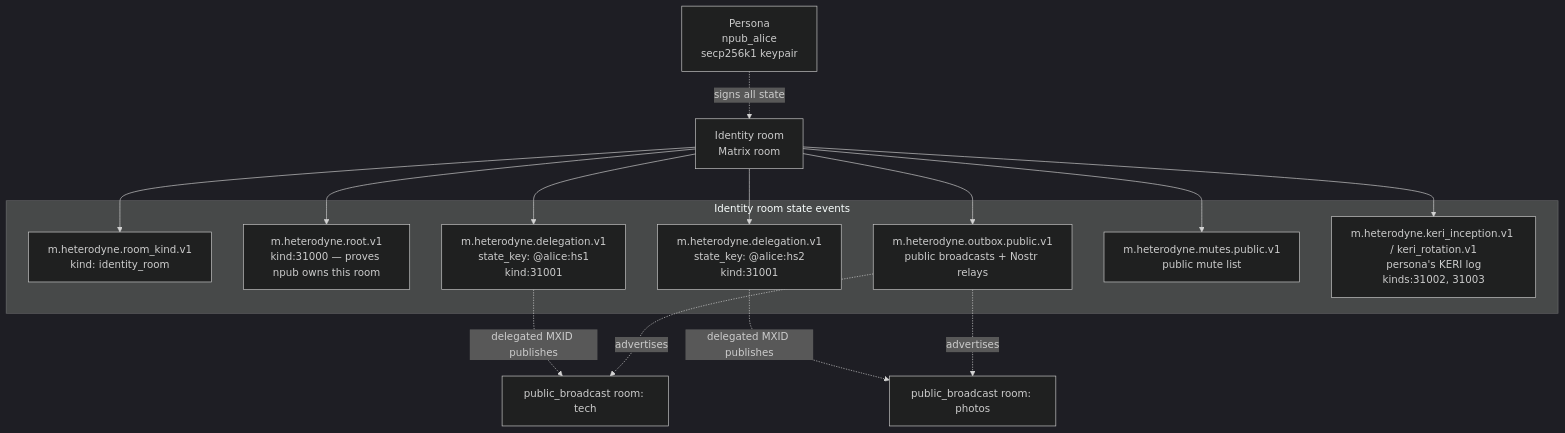
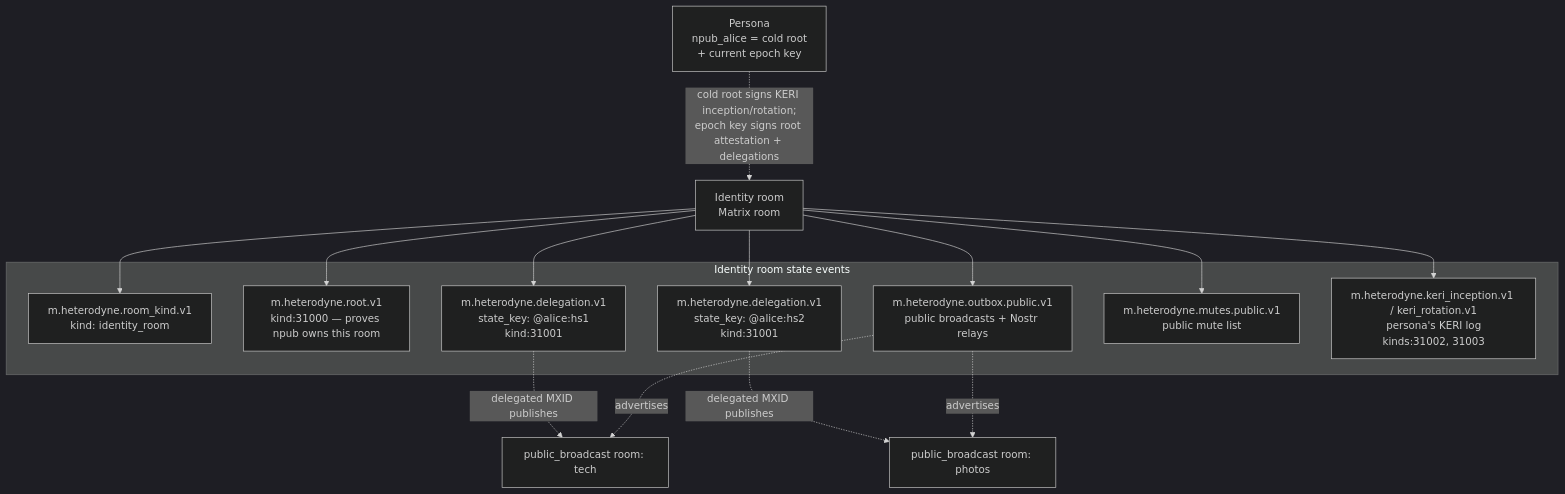
One commit to HeterodyneNetwork/HeterodyneProtocol changed the second of 5 diagrams in docs/spec/heterodyne.md. Above: the diagram before and after it, drawn with Mermaid (dark theme). The commit also changed other lines of this file and 1 other file, not shown here.

````diff
--- a/docs/spec/heterodyne.md
+++ b/docs/spec/heterodyne.md
@@ -391,30 +391,30 @@
 ```mermaid
 graph TB
-    Persona[Persona<br/>npub_alice<br/>secp256k1 keypair]
+    Persona[Persona<br/>npub_alice = cold root<br/>+ current epoch key]
     IR[Identity room<br/>Matrix room]
 
-    Persona -.signs all state.-> IR
+    Persona -.cold root signs KERI inception/rotation;<br/>epoch key signs root attestation + delegations.-> IR
 
     subgraph IdentityRoom["Identity room state events"]
         RK[m.heterodyne.room_kind.v1<br/>kind: identity_room]
         Root[m.heterodyne.root.v1<br/>kind:31000 — proves npub owns this room]
         D1[m.heterodyne.delegation.v1<br/>state_key: @alice:hs1<br/>kind:31001]
         D2[m.heterodyne.delegation.v1<br/>state_key: @alice:hs2<br/>kind:31001]
         OPub[m.heterodyne.outbox.public.v1<br/>public broadcasts + Nostr relays]
         MutesPub[m.heterodyne.mutes.public.v1<br/>public mute list]
         Chain[m.heterodyne.keri_inception.v1 / keri_rotation.v1<br/>persona's KERI log<br/>kinds:31002, 31003]
     end
 
     IR --> RK
     IR --> Root
     IR --> D1
     IR --> D2
     IR --> OPub
     IR --> MutesPub
     IR --> Chain
 
     D1 -.delegated MXID publishes.-> OB1[public_broadcast room: tech]
     D2 -.delegated MXID publishes.-> OB2[public_broadcast room: photos]
     OPub -.advertises.-> OB1
     OPub -.advertises.-> OB2
 ```
````
